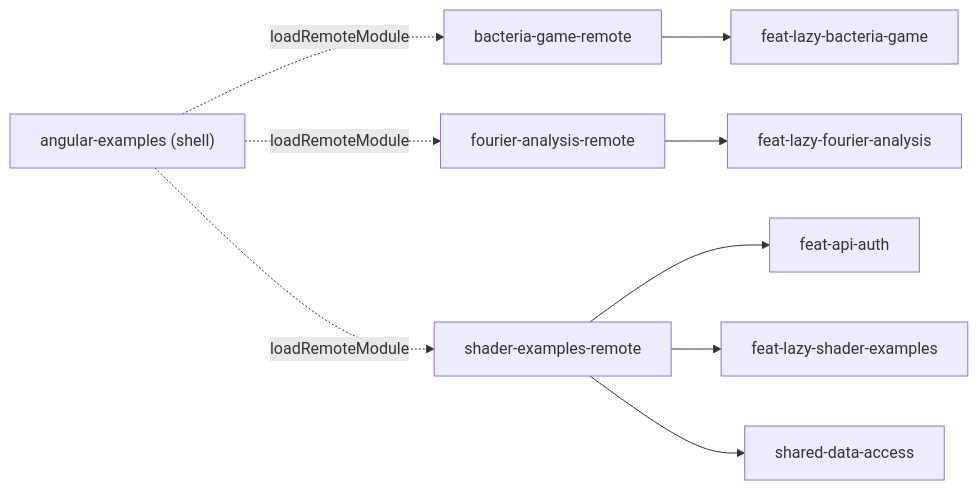
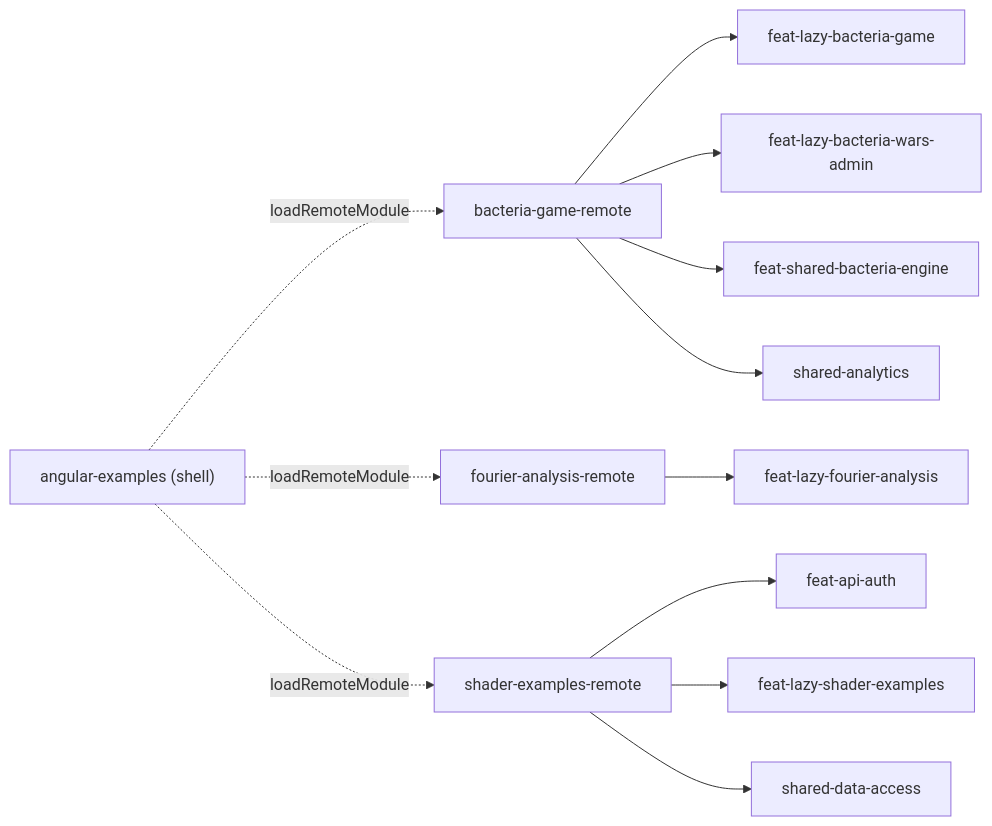
The third of 4 diagrams in docs/architecture/README.md (WolfSoko/wol-sok-mono), drawn with Mermaid before and after one commit. The commit also changed other lines of this file and 65 other files, not shown here.

First line of the commit message:
refactor(bacteria-wars-functions): ♻️ take the engine from its own lib

````diff
--- a/docs/architecture/README.md
+++ b/docs/architecture/README.md
@@ -97,15 +105,18 @@
 ```mermaid
 flowchart LR
   shell["angular-examples (shell)"]
   bacteria_game_remote["bacteria-game-remote"]
   shell -. "loadRemoteModule" .-> bacteria_game_remote
   bacteria_game_remote --> feat_lazy_bacteria_game["feat-lazy-bacteria-game"]
+  bacteria_game_remote --> feat_lazy_bacteria_wars_admin["feat-lazy-bacteria-wars-admin"]
+  bacteria_game_remote --> feat_shared_bacteria_engine["feat-shared-bacteria-engine"]
+  bacteria_game_remote --> shared_analytics["shared-analytics"]
   fourier_analysis_remote["fourier-analysis-remote"]
   shell -. "loadRemoteModule" .-> fourier_analysis_remote
   fourier_analysis_remote --> feat_lazy_fourier_analysis["feat-lazy-fourier-analysis"]
   shader_examples_remote["shader-examples-remote"]
   shell -. "loadRemoteModule" .-> shader_examples_remote
   shader_examples_remote --> feat_api_auth["feat-api-auth"]
   shader_examples_remote --> feat_lazy_shader_examples["feat-lazy-shader-examples"]
   shader_examples_remote --> shared_data_access["shared-data-access"]
 ```
````
